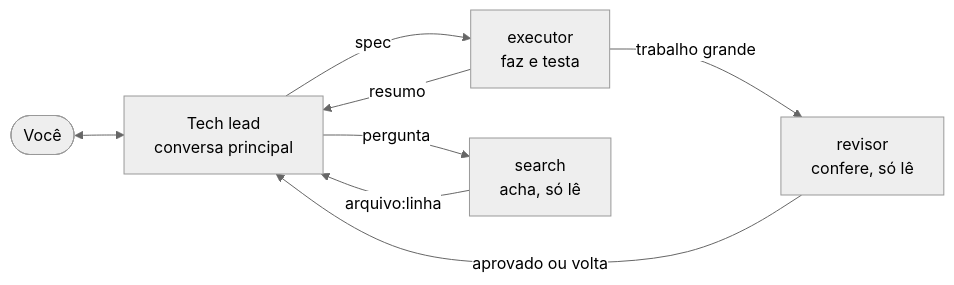
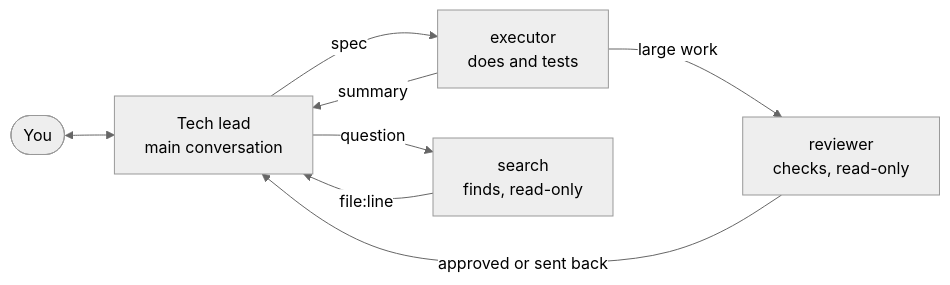
Before and after one commit to kamusmg/modo-economico: the diagram in README.md, drawn with Mermaid (neutral theme). The commit also changed other lines of this file and 9 other files, not shown here.

````diff
--- a/README.md
+++ b/README.md
@@ -17,10 +19,10 @@
 ```mermaid
 flowchart LR
-    V([Você]) <--> L["Tech lead<br/>conversa principal"]
-    L -- spec --> E["executor<br/>faz e testa"]
-    L -- pergunta --> S["search<br/>acha, só lê"]
-    E -- resumo --> L
-    E -- trabalho grande --> R["revisor<br/>confere, só lê"]
-    R -- aprovado ou volta --> L
-    S -- arquivo:linha --> L
+    V([You]) <--> L["Tech lead<br/>main conversation"]
+    L -- spec --> E["executor<br/>does and tests"]
+    L -- question --> S["search<br/>finds, read-only"]
+    E -- summary --> L
+    E -- large work --> R["reviewer<br/>checks, read-only"]
+    R -- approved or sent back --> L
+    S -- file:line --> L
 ```
````
